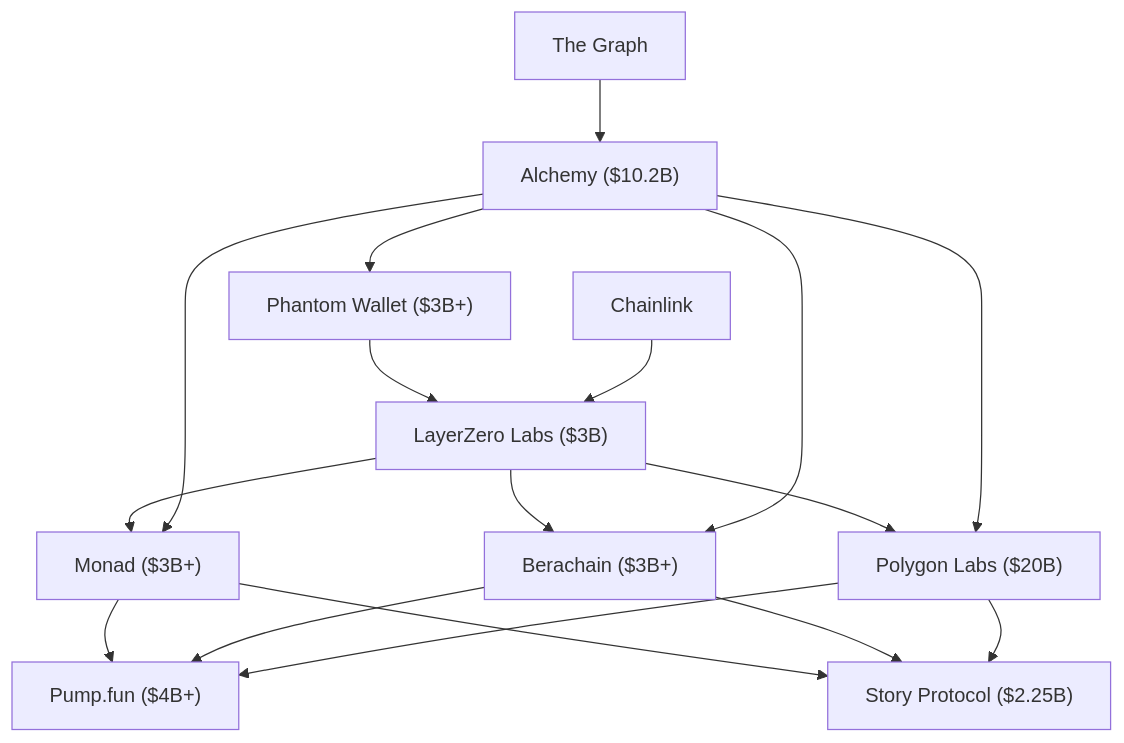
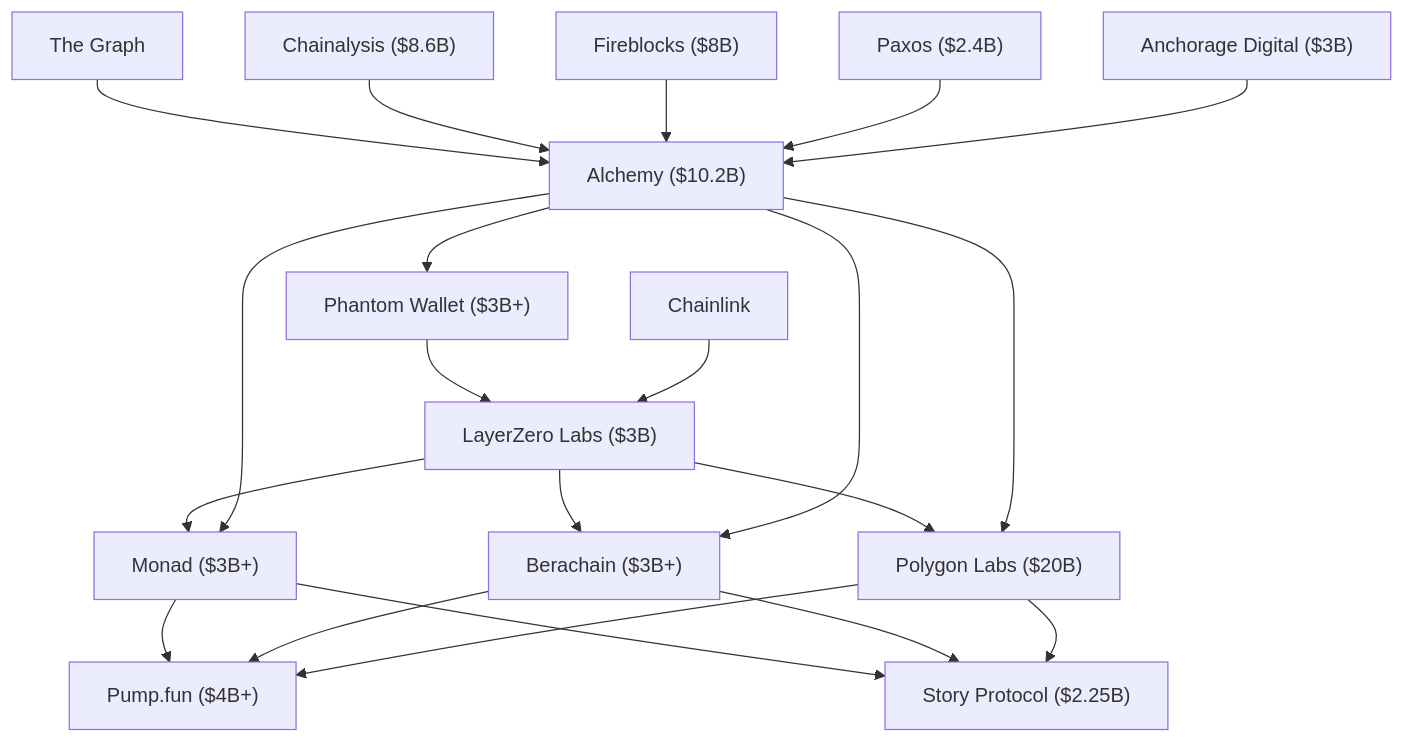
One commit to allengaller/awesome-startups changed diagram 12 of 12 in .qoder/repowiki/zh/content/Web3 _ 加密.md. Above: the diagram before and after it, drawn with Mermaid. The commit also changed other lines of this file and 113 other files, not shown here.

````diff
--- a/.qoder/repowiki/zh/content/Web3 _ 加密.md
+++ b/.qoder/repowiki/zh/content/Web3 _ 加密.md
@@ -382,19 +527,23 @@
 ```mermaid
 graph TB
 W["Phantom Wallet ($3B+)"] --> O["LayerZero Labs ($3B)"]
 O --> L1A["Monad ($3B+)"]
 O --> L1B["Berachain ($3B+)"]
 O --> L2["Polygon Labs ($20B)"]
 L1A --> APP1["Pump.fun ($4B+)"]
 L1B --> APP1
 L2 --> APP1
 L1A --> APP2["Story Protocol ($2.25B)"]
 L1B --> APP2
 L2 --> APP2
 INF["Alchemy ($10.2B)"] --> W
 INF --> L1A
 INF --> L1B
 INF --> L2
 IDX["The Graph"] --> INF
 DATA["Chainlink"] --> O
+COMPL["Chainalysis ($8.6B)"] --> INF
+SEC["Fireblocks ($8B)"] --> INF
+REG["Paxos ($2.4B)"] --> INF
+BAN["Anchorage Digital ($3B)"] --> INF
 ```
````
